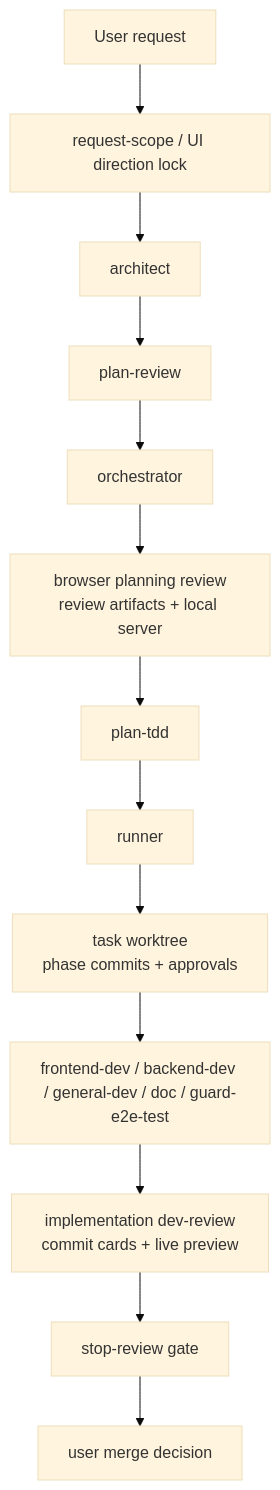
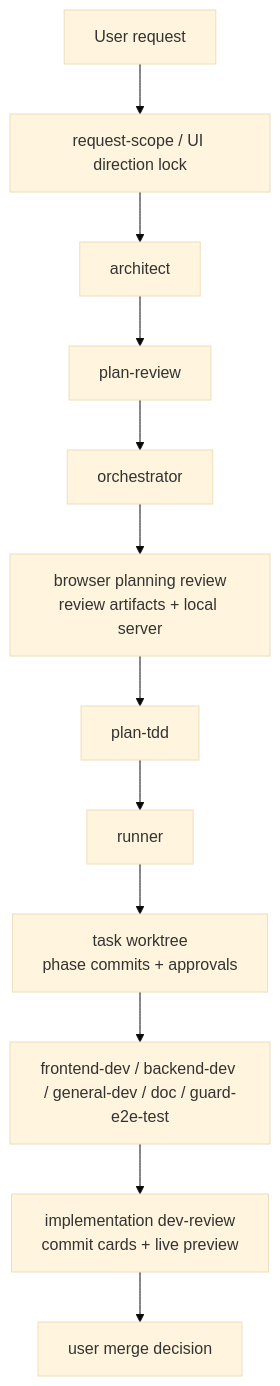
One commit to SeoJaeWan/try-claude-code changed the tenth of 14 diagrams in docs/claude-code-workflow-evolution.md. Above: the diagram before and after it, drawn with Mermaid (base theme). The commit also changed other lines of this file and 6 other files, not shown here.

First line of the commit message:
docs(develop): align runner skill with single-gate dev-review flow

````diff
--- a/docs/claude-code-workflow-evolution.md
+++ b/docs/claude-code-workflow-evolution.md
@@ -496,18 +496,17 @@
 ```mermaid
 flowchart TD
     U["User request"]
     LOCK["request-scope / UI direction lock"]
     ARCH["architect"]
     REVIEW["plan-review"]
     ORCH["orchestrator"]
     PLANDEVREV["browser planning review<br/>review artifacts + local server"]
     MAT["plan-tdd"]
     RUN["runner"]
     WT["task worktree<br/>phase commits + approvals"]
     EXEC["frontend-dev / backend-dev / general-dev / doc / guard-e2e-test"]
     IMPDEVREV["implementation dev-review<br/>commit cards + live preview"]
-    STOP["stop-review gate"]
     MERGE["user merge decision"]
 
-    U --> LOCK --> ARCH --> REVIEW --> ORCH --> PLANDEVREV --> MAT --> RUN --> WT --> EXEC --> IMPDEVREV --> STOP --> MERGE
+    U --> LOCK --> ARCH --> REVIEW --> ORCH --> PLANDEVREV --> MAT --> RUN --> WT --> EXEC --> IMPDEVREV --> MERGE
 ```
````
